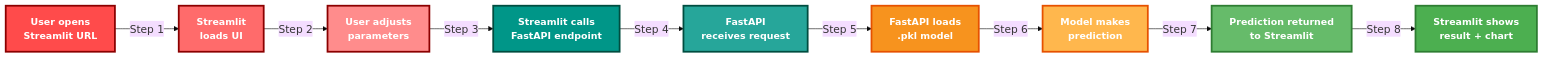
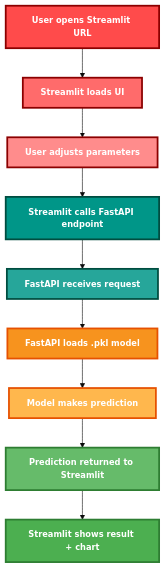
Before and after one commit to UzairRan/gastroretentive-release-predictor: the first of 3 diagrams in README.md, drawn with Mermaid. The commit also changed other lines of this file, not shown here.

````diff
--- a/README.md
+++ b/README.md
@@ -144,30 +144,30 @@
 ```mermaid
 %%{
   init: {
     'theme': 'base',
     'themeVariables': {
-      'fontSize': '18px',
+      'fontSize': '16px',
       'fontFamily': 'Arial, sans-serif'
     }
   }
 }%%
-flowchart LR
-    A[User opens<br/>Streamlit URL] -->|Step 1| B[Streamlit<br/>loads UI]
-    B -->|Step 2| C[User adjusts<br/>parameters]
-    C -->|Step 3| D[Streamlit calls<br/>FastAPI endpoint]
-    D -->|Step 4| E[FastAPI<br/>receives request]
-    E -->|Step 5| F[FastAPI loads<br/>.pkl model]
-    F -->|Step 6| G[Model makes<br/>prediction]
-    G -->|Step 7| H[Prediction returned<br/>to Streamlit]
-    H -->|Step 8| I[Streamlit shows<br/>result + chart]
+flowchart TD
+    A[User opens Streamlit URL] --> B[Streamlit loads UI]
+    B --> C[User adjusts parameters]
+    C --> D[Streamlit calls FastAPI endpoint]
+    D --> E[FastAPI receives request]
+    E --> F[FastAPI loads .pkl model]
+    F --> G[Model makes prediction]
+    G --> H[Prediction returned to Streamlit]
+    H --> I[Streamlit shows result + chart]
     
-    style A fill:#FF4B4B,stroke:#8B0000,stroke-width:3px,color:#fff,font-size:16px,font-weight:bold
-    style B fill:#FF6B6B,stroke:#8B0000,stroke-width:3px,color:#fff,font-size:16px,font-weight:bold
-    style C fill:#FF8C8C,stroke:#8B0000,stroke-width:3px,color:#fff,font-size:16px,font-weight:bold
-    style D fill:#009688,stroke:#004D40,stroke-width:3px,color:#fff,font-size:16px,font-weight:bold
-    style E fill:#26A69A,stroke:#004D40,stroke-width:3px,color:#fff,font-size:16px,font-weight:bold
-    style F fill:#F7931E,stroke:#E65100,stroke-width:3px,color:#fff,font-size:16px,font-weight:bold
-    style G fill:#FFB74D,stroke:#E65100,stroke-width:3px,color:#fff,font-size:16px,font-weight:bold
-    style H fill:#66BB6A,stroke:#2E7D32,stroke-width:3px,color:#fff,font-size:16px,font-weight:bold
-    style I fill:#4CAF50,stroke:#2E7D32,stroke-width:3px,color:#fff,font-size:16px,font-weight:bold
+    style A fill:#FF4B4B,stroke:#8B0000,stroke-width:3px,color:#fff,font-size:14px,font-weight:bold
+    style B fill:#FF6B6B,stroke:#8B0000,stroke-width:3px,color:#fff,font-size:14px,font-weight:bold
+    style C fill:#FF8C8C,stroke:#8B0000,stroke-width:3px,color:#fff,font-size:14px,font-weight:bold
+    style D fill:#009688,stroke:#004D40,stroke-width:3px,color:#fff,font-size:14px,font-weight:bold
+    style E fill:#26A69A,stroke:#004D40,stroke-width:3px,color:#fff,font-size:14px,font-weight:bold
+    style F fill:#F7931E,stroke:#E65100,stroke-width:3px,color:#fff,font-size:14px,font-weight:bold
+    style G fill:#FFB74D,stroke:#E65100,stroke-width:3px,color:#fff,font-size:14px,font-weight:bold
+    style H fill:#66BB6A,stroke:#2E7D32,stroke-width:3px,color:#fff,font-size:14px,font-weight:bold
+    style I fill:#4CAF50,stroke:#2E7D32,stroke-width:3px,color:#fff,font-size:14px,font-weight:bold
 ```
````
